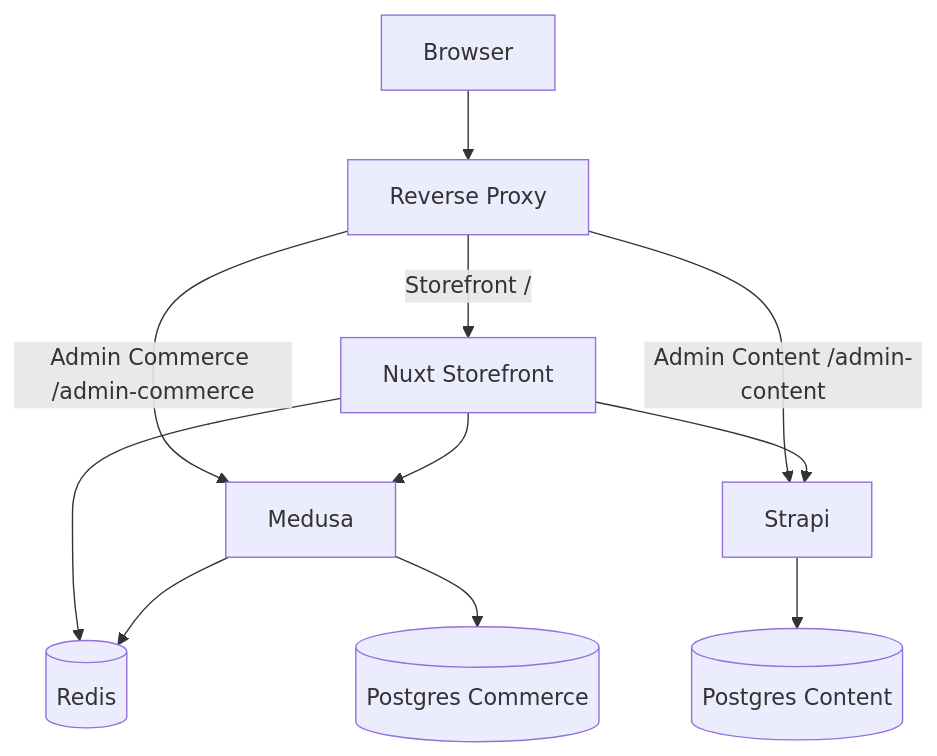
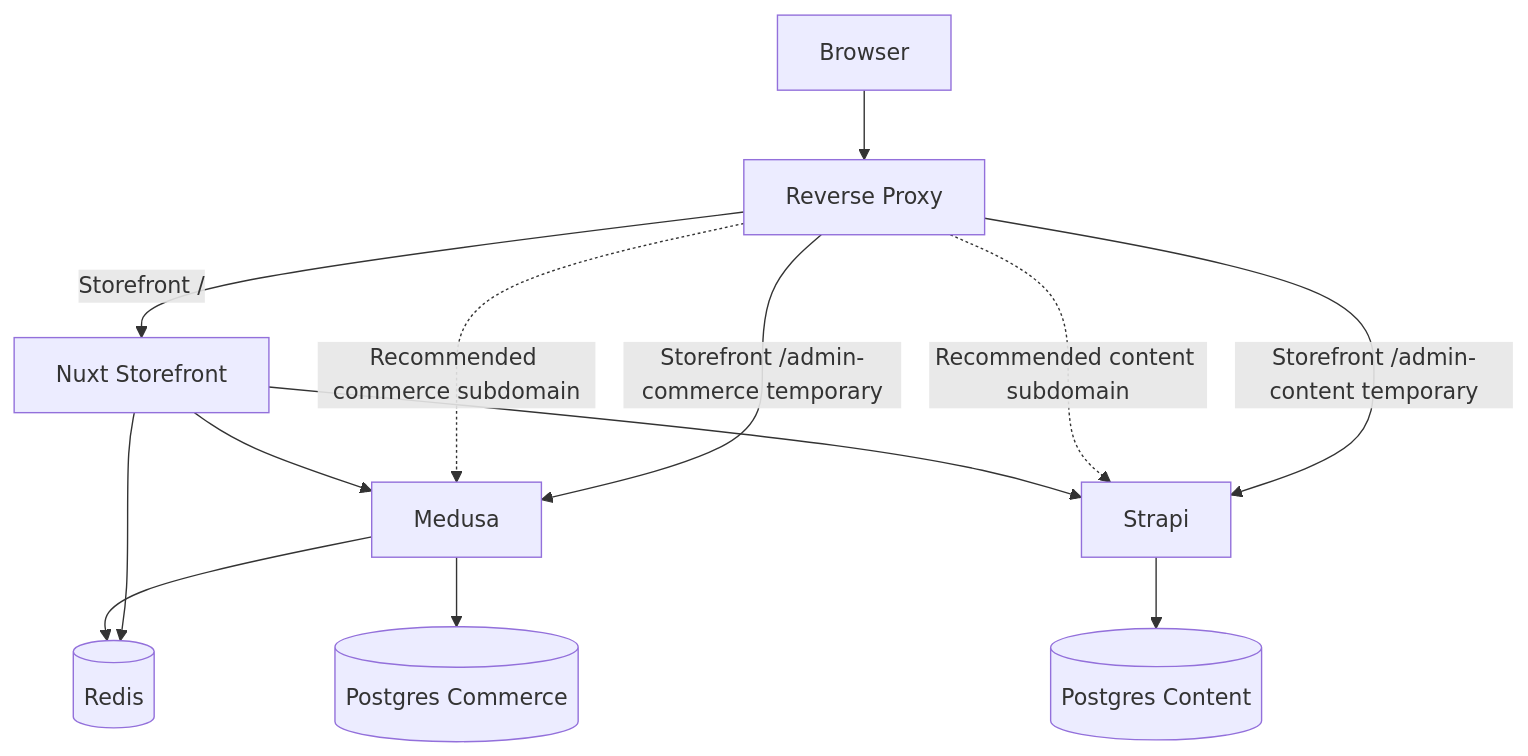
Before and after one commit to ri5pekt/particle-turbo: the diagram in docs/VPS-DEPLOYMENT.md, drawn with Mermaid. The commit also changed other lines of this file and 12 other files, not shown here.

````diff
--- a/docs/VPS-DEPLOYMENT.md
+++ b/docs/VPS-DEPLOYMENT.md
@@ -31,13 +110,15 @@
 ```mermaid
 flowchart TD
   Browser[Browser] --> Proxy[Reverse Proxy]
   Proxy -->|"Storefront /"| Storefront[Nuxt Storefront]
-  Proxy -->|"Admin Commerce /admin-commerce"| Commerce[Medusa]
-  Proxy -->|"Admin Content /admin-content"| Content[Strapi]
+  Proxy -->|"Storefront /admin-commerce temporary"| Commerce[Medusa]
+  Proxy -->|"Storefront /admin-content temporary"| Content[Strapi]
+  Proxy -.->|"Recommended commerce subdomain"| Commerce
+  Proxy -.->|"Recommended content subdomain"| Content
   Storefront --> Commerce
   Storefront --> Content
   Storefront --> Redis[(Redis)]
   Commerce --> Redis
   Commerce --> PgCommerce[(Postgres Commerce)]
   Content --> PgContent[(Postgres Content)]
 ```
````
